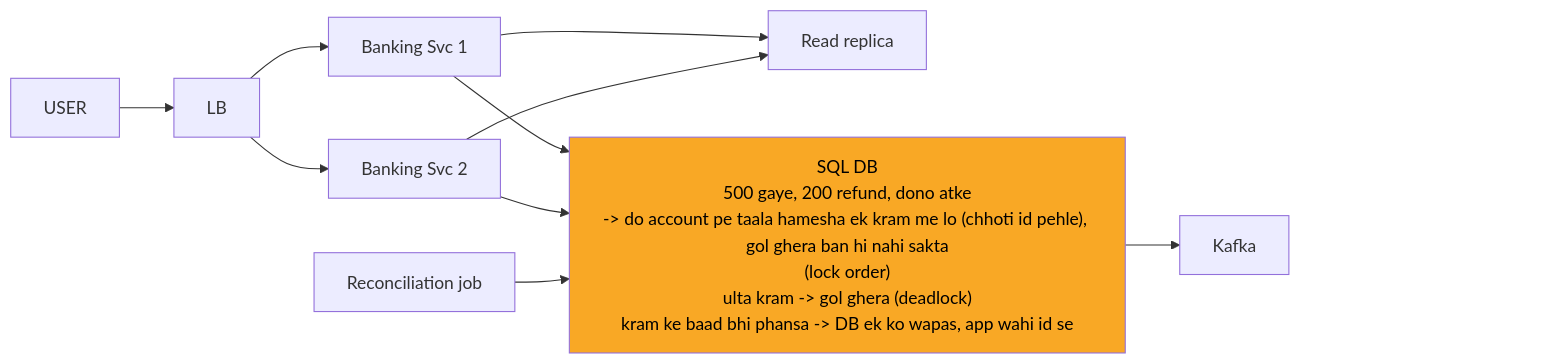
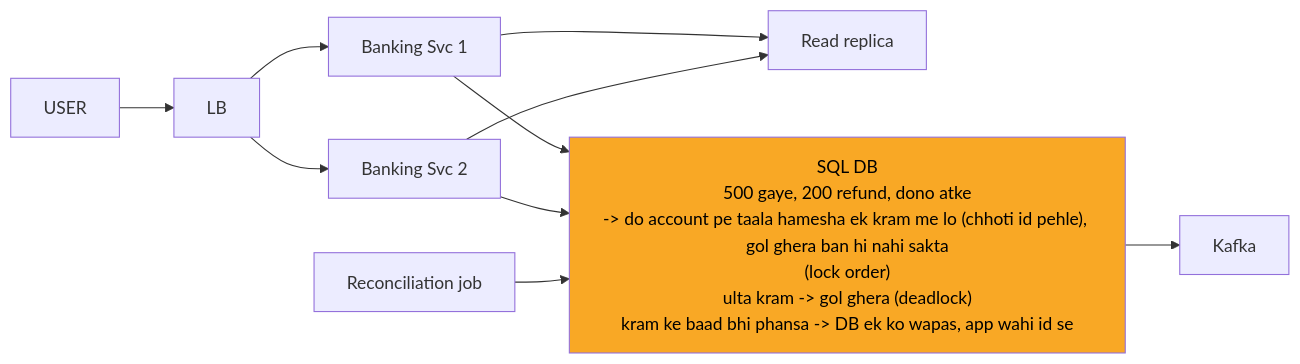
One commit to ArpanMaheshwari144/Prep changed the tenth of 13 diagrams in 04_HLD/SYSTEM_DESIGNS/13_banking_system/13_banking_system.md. Above: the diagram before and after it, drawn with Mermaid. The commit also changed other lines of this file and 182 other files, not shown here.

Commit message:
hld 14 file: har diagram mermaid-cli se SVG image (source details me), n_pad hataya, render tool 04_HLD/tools

````diff
--- a/04_HLD/SYSTEM_DESIGNS/13_banking_system/13_banking_system.md
+++ b/04_HLD/SYSTEM_DESIGNS/13_banking_system/13_banking_system.md
@@ -441,25 +413,22 @@
 ```mermaid
 %%{init: {"flowchart": {"wrappingWidth": 450}}}%%
 flowchart LR
     n_USER["USER"]
     n_LB["LB"]
     n_S1["Banking Svc 1"]
     n_S2["Banking Svc 2"]
     n_RR["Read replica"]
     n_DB["SQL DB<br/>500 gaye, 200 refund, dono atke<br/>-> do account pe taala hamesha ek kram me lo (chhoti id pehle), gol ghera ban hi nahi sakta<br/>(lock order)<br/>ulta kram -> gol ghera (deadlock)<br/>kram ke baad bhi phansa -> DB ek ko wapas, app wahi id se"]
     n_K["Kafka"]
     n_REC["Reconciliation job"]
     n_USER --> n_LB
     n_LB --> n_S1
     n_LB --> n_S2
     n_S1 --> n_RR
     n_S2 --> n_RR
     n_S1 --> n_DB
     n_S2 --> n_DB
     n_DB --> n_K
     n_REC --> n_DB
-    n_pad["xxxxxxxxxxxxxxxx"]
-    n_K ~~~ n_pad
     style n_DB fill:#f9a825,color:#000
-    style n_pad fill:none,stroke:none,color:#ffffff00
 ```
````
